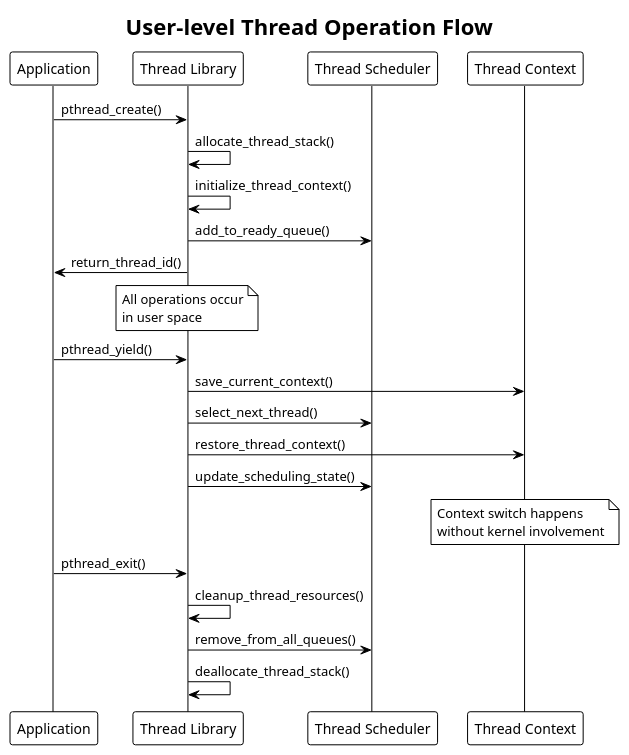
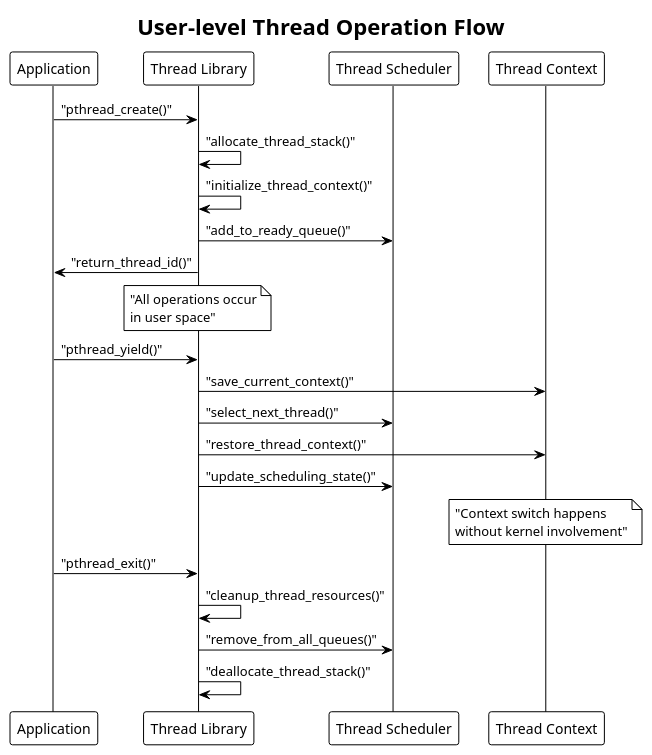
One commit to mohitmishra786/myJourneyOfBuildingOS changed the second of 7 diagrams in Ch-5-Thread-Management/User-level-vs-Kernel-level-Threads.md. Above: the diagram before and after it, drawn with PlantUML. The commit also changed other lines of this file and 3 other files, not shown here.

````diff
--- a/Ch-5-Thread-Management/User-level-vs-Kernel-level-Threads.md
+++ b/Ch-5-Thread-Management/User-level-vs-Kernel-level-Threads.md
@@ -77,32 +77,32 @@
 ```plantuml
 @startuml
 !theme plain
-title User-level Thread Operation Flow
+title "User-level Thread Operation Flow"
 
 participant "Application" as app
 participant "Thread Library" as lib
 participant "Thread Scheduler" as sched
 participant "Thread Context" as ctx
 
-app -> lib: pthread_create()
-lib -> lib: allocate_thread_stack()
-lib -> lib: initialize_thread_context()
-lib -> sched: add_to_ready_queue()
-lib -> app: return_thread_id()
+app -> lib: "pthread_create()"
+lib -> lib: "allocate_thread_stack()"
+lib -> lib: "initialize_thread_context()"
+lib -> sched: "add_to_ready_queue()"
+lib -> app: "return_thread_id()"
 
-note over lib: All operations occur\nin user space
+note over lib: "All operations occur\nin user space"
 
-app -> lib: pthread_yield()
-lib -> ctx: save_current_context()
-lib -> sched: select_next_thread()
-lib -> ctx: restore_thread_context()
-lib -> sched: update_scheduling_state()
+app -> lib: "pthread_yield()"
+lib -> ctx: "save_current_context()"
+lib -> sched: "select_next_thread()"
+lib -> ctx: "restore_thread_context()"
+lib -> sched: "update_scheduling_state()"
 
-note over ctx: Context switch happens\nwithout kernel involvement
+note over ctx: "Context switch happens\nwithout kernel involvement"
 
-app -> lib: pthread_exit()
-lib -> lib: cleanup_thread_resources()
-lib -> sched: remove_from_all_queues()
-lib -> lib: deallocate_thread_stack()
+app -> lib: "pthread_exit()"
+lib -> lib: "cleanup_thread_resources()"
+lib -> sched: "remove_from_all_queues()"
+lib -> lib: "deallocate_thread_stack()"
 @enduml
 ```
````
